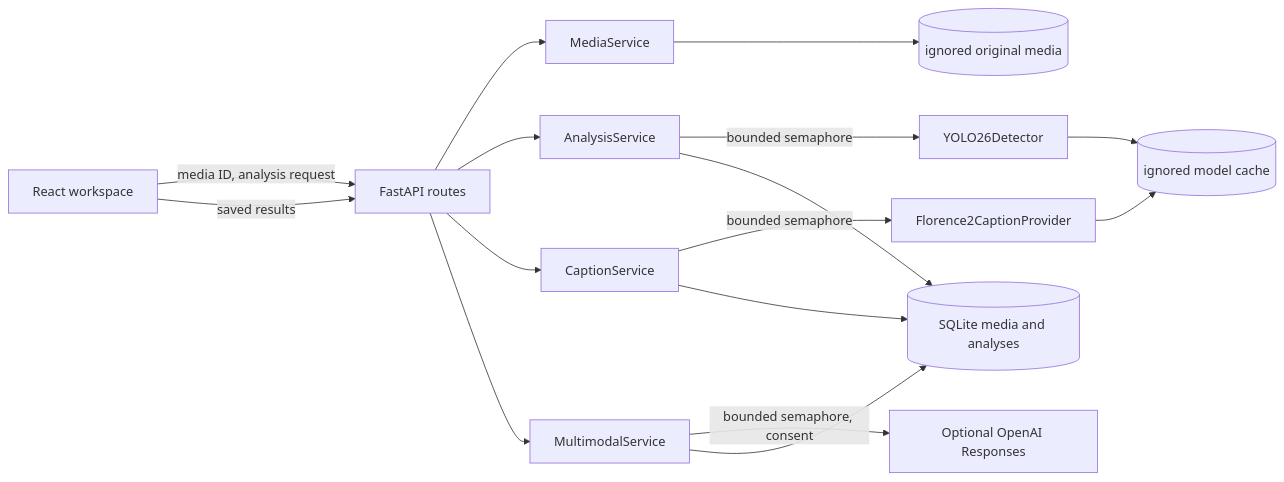
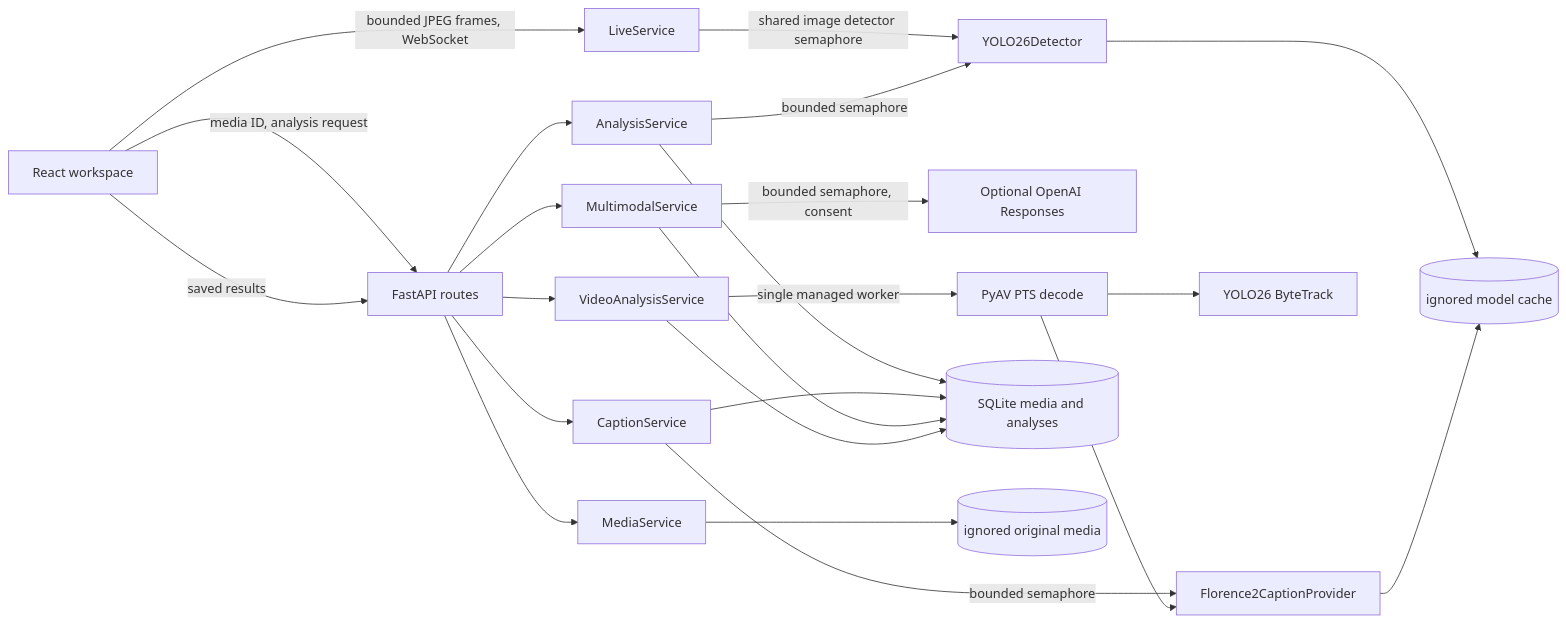
The diagram in docs/ARCHITECTURE.md (hardhik2002/AI-Engineering), drawn with Mermaid before and after one commit. The commit also changed other lines of this file and 50 other files, not shown here.

````diff
--- a/docs/ARCHITECTURE.md
+++ b/docs/ARCHITECTURE.md
@@ -5,18 +5,25 @@
 ```mermaid
 flowchart LR
   Browser[React workspace] -->|media ID, analysis request| API[FastAPI routes]
   API --> Media[MediaService]
   API --> Analysis[AnalysisService]
   API --> Caption[CaptionService]
   API --> Multi[MultimodalService]
+  API --> Video[VideoAnalysisService]
+  Browser -->|bounded JPEG frames, WebSocket| Live[LiveService]
+  Live -->|shared image detector semaphore| Detector
   Analysis -->|bounded semaphore| Detector[YOLO26Detector]
   Caption -->|bounded semaphore| Florence[Florence2CaptionProvider]
   Multi -->|bounded semaphore, consent| OpenAI[Optional OpenAI Responses]
+  Video -->|single managed worker| Decoder[PyAV PTS decode]
+  Decoder --> Tracker[YOLO26 ByteTrack]
+  Decoder --> Florence
   Detector --> Weights[(ignored model cache)]
   Florence --> Weights
   Analysis --> DB[(SQLite media and analyses)]
   Caption --> DB
   Multi --> DB
+  Video --> DB
   Media --> Files[(ignored original media)]
   Browser -->|saved results| API
 ```
````
